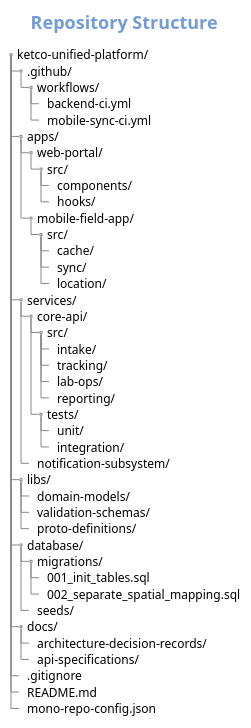
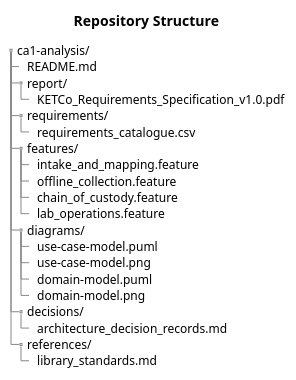
One commit to JanArnoCoetzer/OOAD_CA1_Domain_Analysis changed the diagram in .idea/Repository Structure.puml. Above: the diagram before and after it, drawn with PlantUML. The commit also changed other lines of this file and 1 other file, not shown here.

Commit message:
Repository Structure fixed to alighn better with brief

```diff
--- a/.idea/Repository Structure.puml
+++ b/.idea/Repository Structure.puml
@@ -1,65 +1,27 @@
 @startsalt
-title Repository Structure
-
-<style>
-saltDiagram {
-  BackgroundColor #FFFFF
-  LineColor #2c3e50
-  FontColor #1a252f
-  FontName sans-serif
-}
-title {
-  FontColor #729bd8
-  FontSize 18
-  FontName sans-serif
-}
-</style>
-
-
-title Repository Structure
 {
+Title "Repository Structure"
 {T
- + ketco-unified-platform/
- ++ .github/
- +++ workflows/
- ++++ backend-ci.yml
- ++++ mobile-sync-ci.yml
- ++ apps/
- +++ web-portal/
- ++++ src/
- +++++ components/
- +++++ hooks/
- +++ mobile-field-app/
- ++++ src/
- +++++ cache/
- +++++ sync/
- +++++ location/
- ++ services/
- +++ core-api/
- ++++ src/
- +++++ intake/
- +++++ tracking/
- +++++ lab-ops/
- +++++ reporting/
- ++++ tests/
- +++++ unit/
- +++++ integration/
- +++ notification-subsystem/
- ++ libs/
- +++ domain-models/
- +++ validation-schemas/
- +++ proto-definitions/
- ++ database/
- +++ migrations/
- ++++ 001_init_tables.sql
- ++++ 002_separate_spatial_mapping.sql
- +++ seeds/
- ++ docs/
- +++ architecture-decision-records/
- +++ api-specifications/
- ++ .gitignore
+ + ca1-analysis/
  ++ README.md
- ++ mono-repo-config.json
+ ++ report/
+ +++ KETCo_Requirements_Specification_v1.0.pdf
+ ++ requirements/
+ +++ requirements_catalogue.csv
+ ++ features/
+ +++ intake_and_mapping.feature
+ +++ offline_collection.feature
+ +++ chain_of_custody.feature
+ +++ lab_operations.feature
+ ++ diagrams/
+ +++ use-case-model.puml
+ +++ use-case-model.png
+ +++ domain-model.puml
+ +++ domain-model.png
+ ++ decisions/
+ +++ architecture_decision_records.md
+ ++ references/
+ +++ library_standards.md
 }
 }
 @endsalt
```
